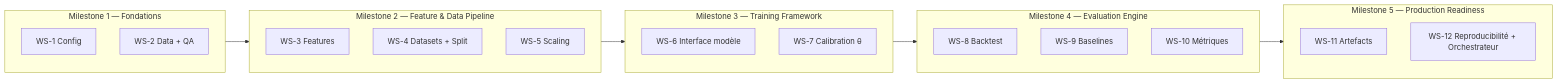
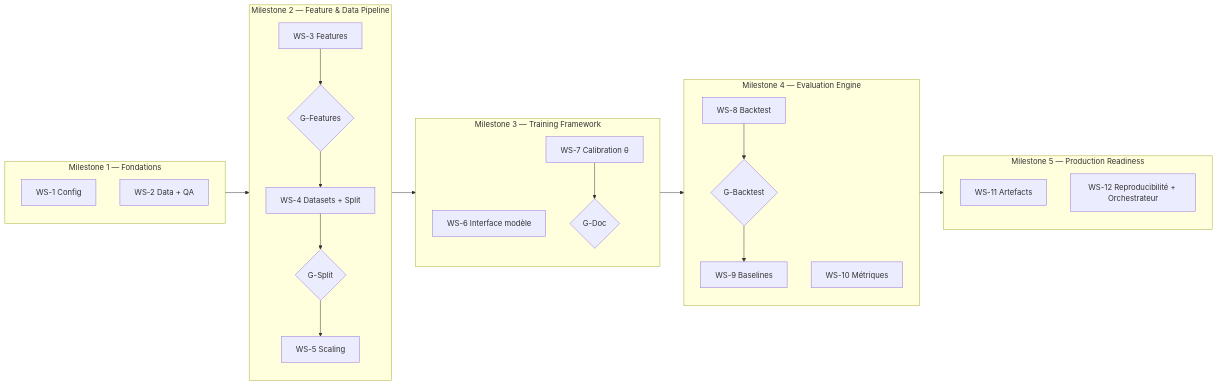
Before and after one commit to Nexgear75/ai_trading_agent: the first of 3 diagrams in docs/plan/implementation.md, drawn with Mermaid. The commit also changed other lines of this file, not shown here.

````diff
--- a/docs/plan/implementation.md
+++ b/docs/plan/implementation.md
@@ -33,26 +35,34 @@
 ```mermaid
 flowchart LR
   subgraph M1["Milestone 1 — Fondations"]
     WS1[WS-1 Config]
     WS2[WS-2 Data + QA]
   end
   subgraph M2["Milestone 2 — Feature & Data Pipeline"]
     WS3[WS-3 Features]
+    GF{G-Features}
     WS4[WS-4 Datasets + Split]
+    GS{G-Split}
     WS5[WS-5 Scaling]
   end
   subgraph M3["Milestone 3 — Training Framework"]
     WS6[WS-6 Interface modèle]
     WS7[WS-7 Calibration θ]
+    GD{G-Doc}
   end
   subgraph M4["Milestone 4 — Evaluation Engine"]
     WS8[WS-8 Backtest]
+    GB{G-Backtest}
     WS9[WS-9 Baselines]
     WS10[WS-10 Métriques]
   end
   subgraph M5["Milestone 5 — Production Readiness"]
     WS11[WS-11 Artefacts]
     WS12[WS-12 Reproducibilité + Orchestrateur]
   end
+  WS3 --> GF --> WS4
+  WS4 --> GS --> WS5
+  WS8 --> GB --> WS9
+  WS7 --> GD
   M1 --> M2 --> M3 --> M4 --> M5
 ```
````
